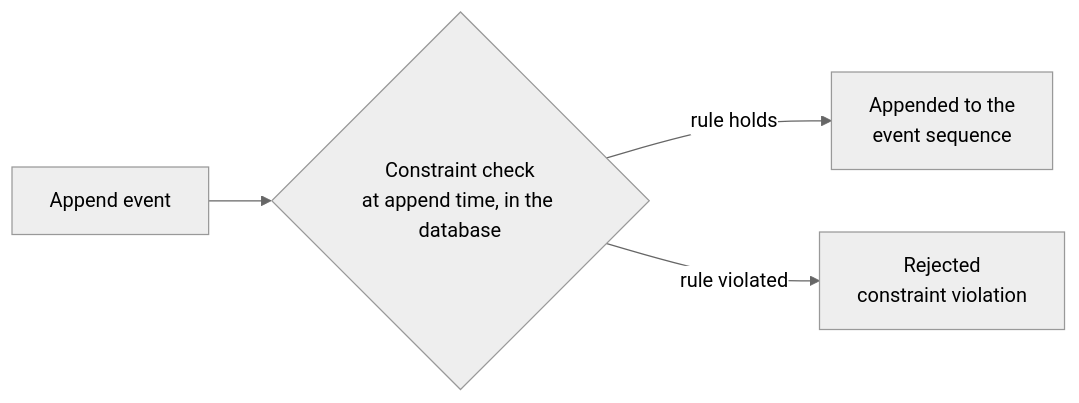
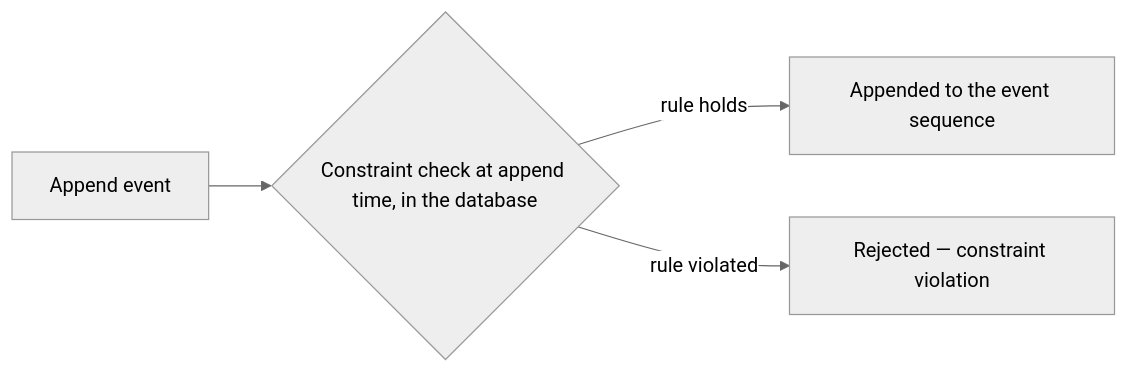
One commit to Cratis/Chronicle changed the diagram in Documentation/concepts/constraints.md. Above: the diagram before and after it, drawn with Mermaid (neutral theme). The commit also changed 43 other files, not shown here.

````diff
--- a/Documentation/concepts/constraints.md
+++ b/Documentation/concepts/constraints.md
@@ -8,6 +8,6 @@
 ```mermaid
 flowchart LR
-    E["Append event"] --> C{"Constraint check<br/>at append time, in the database"}
-    C -->|rule holds| OK["Appended to the<br/>event sequence"]
-    C -->|rule violated| NO["Rejected<br/>constraint violation"]
+    E["Append event"] --> C{"Constraint check at append time, in the database"}
+    C -->|rule holds| OK["Appended to the event sequence"]
+    C -->|rule violated| NO["Rejected — constraint violation"]
 ```
````
